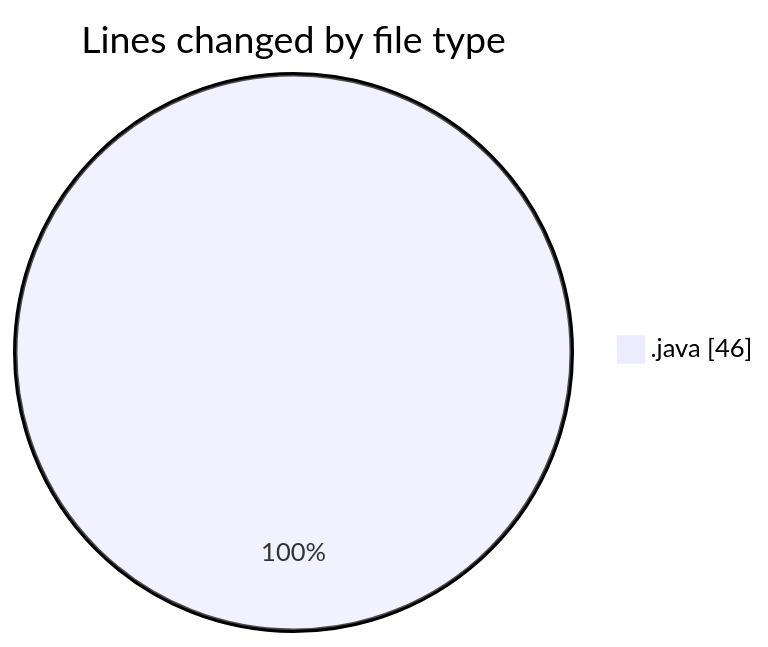
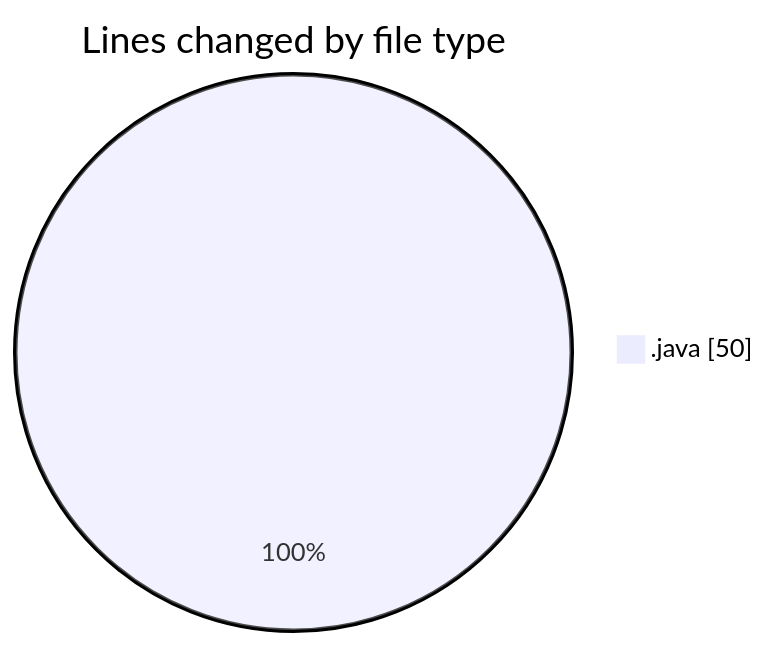
One commit to NitaiMahat/code-tracking changed the first of 2 diagrams in 2025-01-28/java/README.md. Above: the diagram before and after it, drawn with Mermaid. The commit also changed other lines of this file and 1 other file, not shown here.

````diff
--- a/2025-01-28/java/README.md
+++ b/2025-01-28/java/README.md
@@ -21,5 +22,5 @@
 ```mermaid
 pie showData
 title Lines changed by file type
-".java" : 46
+".java" : 50
 ```
````
